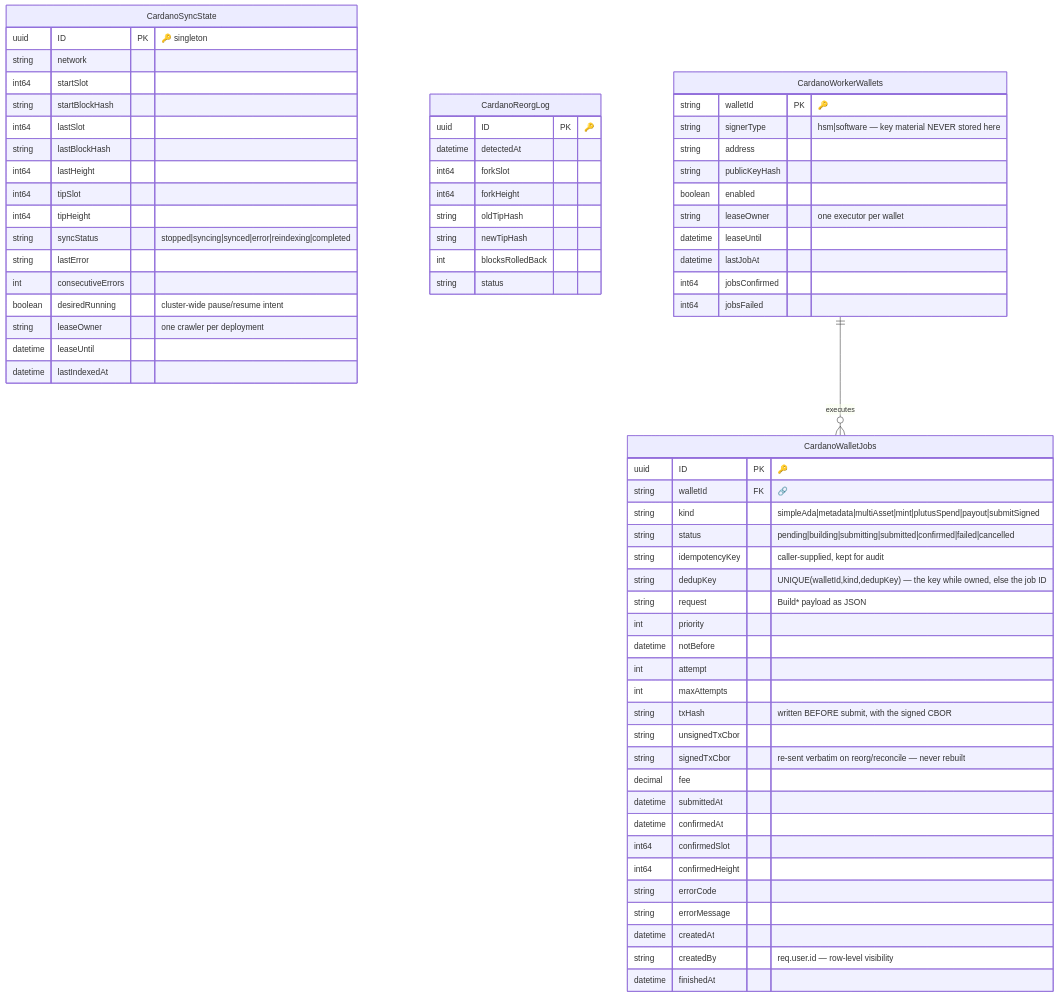
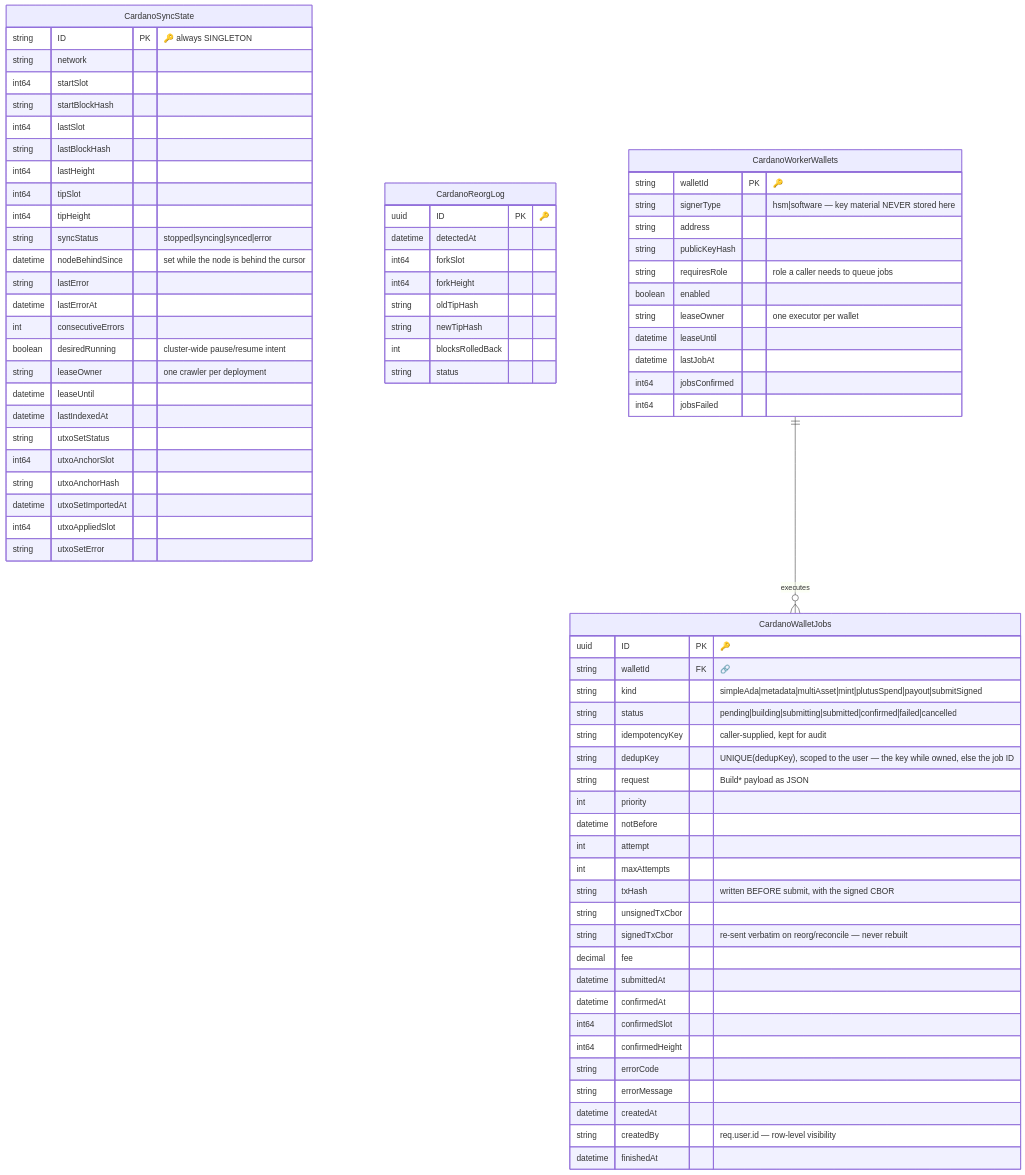
The second of 2 diagrams in docs/concepts & architecture/MM_DATAMODEL.md (ODATANO/ODATANO), drawn with Mermaid before and after one commit. The commit also changed other lines of this file and 208 other files, not shown here.

````diff
--- a/docs/concepts & architecture/MM_DATAMODEL.md
+++ b/docs/concepts & architecture/MM_DATAMODEL.md
@@ -394,7 +445,7 @@
 ```mermaid
 erDiagram
     CardanoSyncState {
-        uuid ID PK "🔑 singleton"
+        string ID PK "🔑 always SINGLETON"
         string network
         int64 startSlot
         string startBlockHash
@@ -403,13 +454,21 @@
         int64 lastHeight
         int64 tipSlot
         int64 tipHeight
-        string syncStatus "stopped|syncing|synced|error|reindexing|completed"
+        string syncStatus "stopped|syncing|synced|error"
+        datetime nodeBehindSince "set while the node is behind the cursor"
         string lastError
+        datetime lastErrorAt
         int consecutiveErrors
         boolean desiredRunning "cluster-wide pause/resume intent"
         string leaseOwner "one crawler per deployment"
         datetime leaseUntil
         datetime lastIndexedAt
+        string utxoSetStatus
+        int64 utxoAnchorSlot
+        string utxoAnchorHash
+        datetime utxoSetImportedAt
+        int64 utxoAppliedSlot
+        string utxoSetError
     }
 
     CardanoReorgLog {
@@ -428,6 +487,7 @@
         string signerType "hsm|software — key material NEVER stored here"
         string address
         string publicKeyHash
+        string requiresRole "role a caller needs to queue jobs"
         boolean enabled
         string leaseOwner "one executor per wallet"
         datetime leaseUntil
@@ -442,7 +502,7 @@
         string kind "simpleAda|metadata|multiAsset|mint|plutusSpend|payout|submitSigned"
         string status "pending|building|submitting|submitted|confirmed|failed|cancelled"
         string idempotencyKey "caller-supplied, kept for audit"
-        string dedupKey "UNIQUE(walletId,kind,dedupKey) — the key while owned, else the job ID"
+        string dedupKey "UNIQUE(dedupKey), scoped to the user — the key while owned, else the job ID"
         string request "Build* payload as JSON"
         int priority
         datetime notBefore
````
